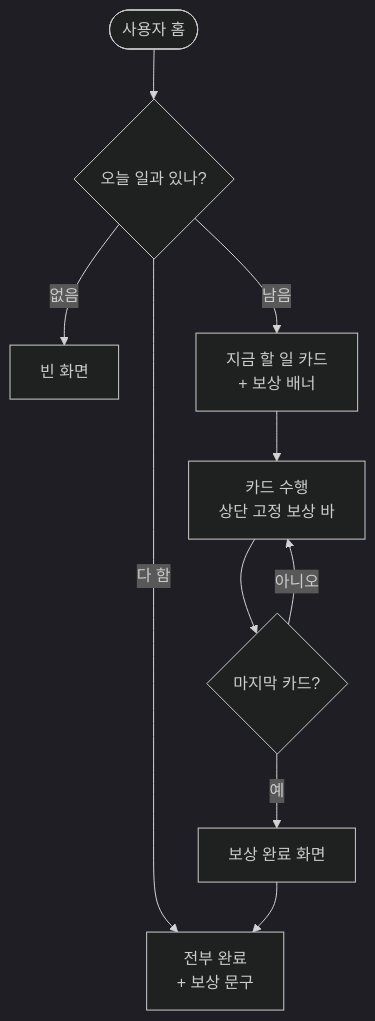
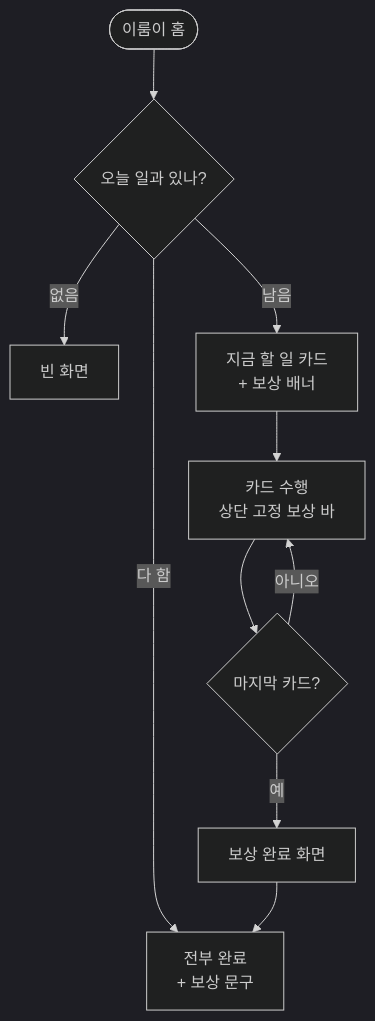
Before and after one commit to Twin-Fang/elum: the third of 4 diagrams in docs/superpowers/specs/2026-09-18-화면-전체명세.md, drawn with Mermaid (dark theme). The commit also changed other lines of this file and 3 other files, not shown here.

````diff
--- a/docs/superpowers/specs/2026-09-18-화면-전체명세.md
+++ b/docs/superpowers/specs/2026-09-18-화면-전체명세.md
@@ -208,12 +210,12 @@
 ```mermaid
 flowchart TD
-    A([사용자 홈]) --> B{오늘 일과 있나?}
+    A([이룸이 홈]) --> B{오늘 일과 있나?}
     B -->|없음| C[빈 화면]
     B -->|남음| D[지금 할 일 카드<br/>+ 보상 배너]
     B -->|다 함| E[전부 완료<br/>+ 보상 문구]
     D --> F[카드 수행<br/>상단 고정 보상 바]
     F --> G{마지막 카드?}
     G -->|아니오| F
     G -->|예| H[보상 완료 화면]
     H --> E
 ```
````
